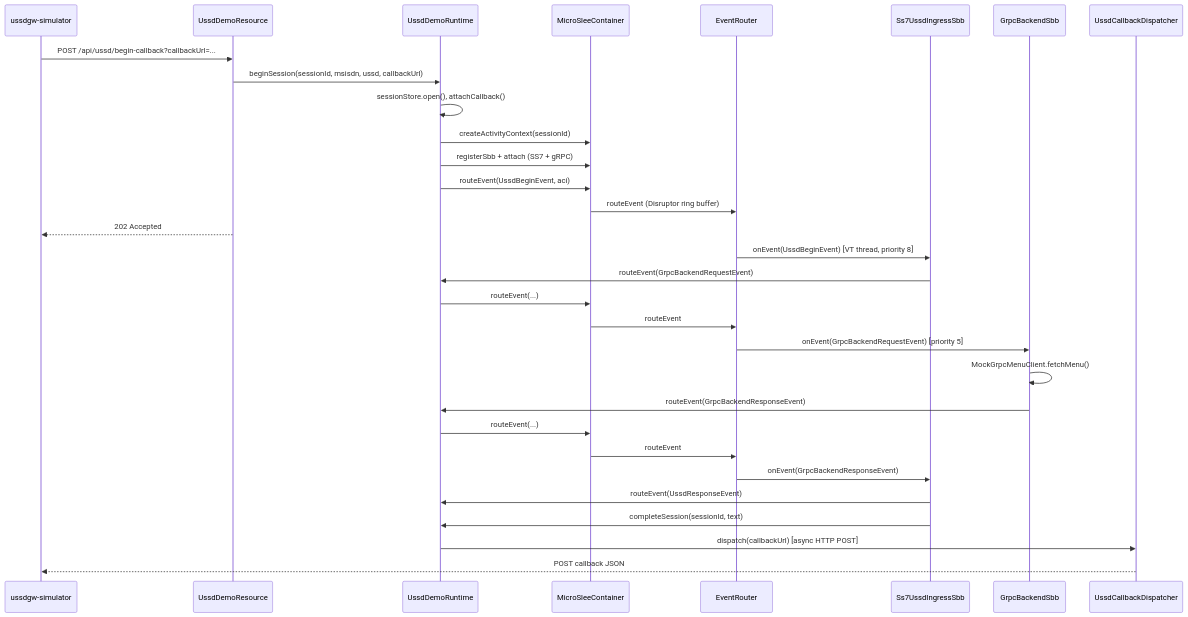
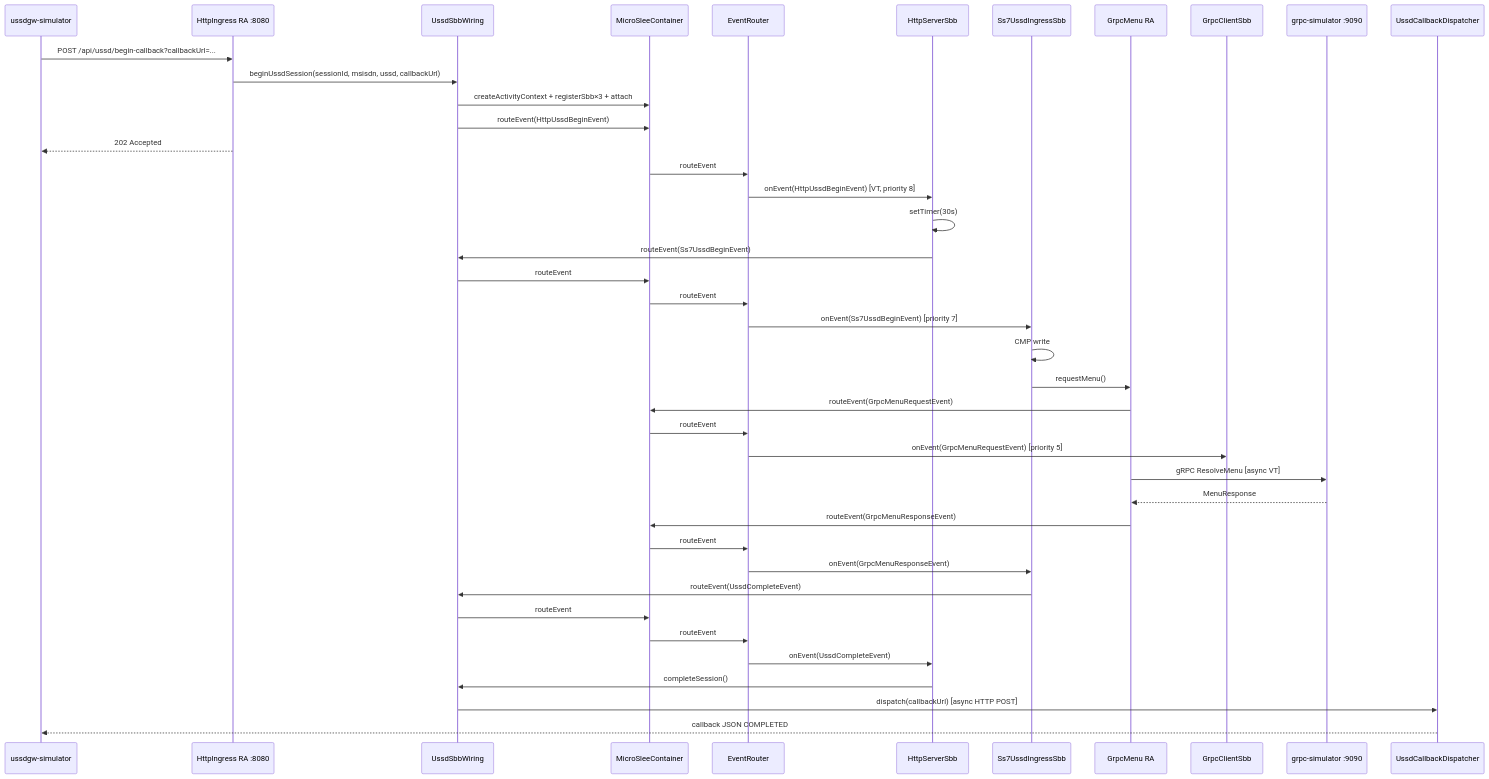
One commit to nhanth87/jain-slee changed the diagram in docs/MICRO-JAINSLEE-GUIDE.md. Above: the diagram before and after it, drawn with Mermaid. The commit also changed other lines of this file and 16 other files, not shown here.

````diff
--- a/docs/MICRO-JAINSLEE-GUIDE.md
+++ b/docs/MICRO-JAINSLEE-GUIDE.md
@@ -299,35 +538,46 @@
 ```mermaid
 sequenceDiagram
     participant Sim as ussdgw-simulator
-    participant REST as UssdDemoResource
-    participant RT as UssdDemoRuntime
+    participant HRA as HttpIngress RA :8080
+    participant W as UssdSbbWiring
     participant C as MicroSleeContainer
     participant ER as EventRouter
+    participant HTTP as HttpServerSbb
     participant SS7 as Ss7UssdIngressSbb
-    participant GRPC as GrpcBackendSbb
+    participant GRA as GrpcMenu RA
+    participant GRPC as GrpcClientSbb
+    participant AS as grpc-simulator :9090
     participant CB as UssdCallbackDispatcher
 
-    Sim->>REST: POST /api/ussd/begin-callback?callbackUrl=...
-    REST->>RT: beginSession(sessionId, msisdn, ussd, callbackUrl)
-    RT->>RT: sessionStore.open(), attachCallback()
-    RT->>C: createActivityContext(sessionId)
-    RT->>C: registerSbb + attach (SS7 + gRPC)
-    RT->>C: routeEvent(UssdBeginEvent, aci)
-    C->>ER: routeEvent (Disruptor ring buffer)
-    REST-->>Sim: 202 Accepted
+    Sim->>HRA: POST /api/ussd/begin-callback?callbackUrl=...
+    HRA->>W: beginUssdSession(sessionId, msisdn, ussd, callbackUrl)
+    W->>C: createActivityContext + registerSbb×3 + attach
+    W->>C: routeEvent(HttpUssdBeginEvent)
+    HRA-->>Sim: 202 Accepted
 
-    ER->>SS7: onEvent(UssdBeginEvent) [VT thread, priority 8]
-    SS7->>RT: routeEvent(GrpcBackendRequestEvent)
-    RT->>C: routeEvent(...)
     C->>ER: routeEvent
-    ER->>GRPC: onEvent(GrpcBackendRequestEvent) [priority 5]
-    GRPC->>GRPC: MockGrpcMenuClient.fetchMenu()
-    GRPC->>RT: routeEvent(GrpcBackendResponseEvent)
-    RT->>C: routeEvent(...)
+    ER->>HTTP: onEvent(HttpUssdBeginEvent) [VT, priority 8]
+    HTTP->>HTTP: setTimer(30s)
+    HTTP->>W: routeEvent(Ss7UssdBeginEvent)
+    W->>C: routeEvent
     C->>ER: routeEvent
-    ER->>SS7: onEvent(GrpcBackendResponseEvent)
-    SS7->>RT: routeEvent(UssdResponseEvent)
-    SS7->>RT: completeSession(sessionId, text)
-    RT->>CB: dispatch(callbackUrl) [async HTTP POST]
-    CB-->>Sim: POST callback JSON
+    ER->>SS7: onEvent(Ss7UssdBeginEvent) [priority 7]
+    SS7->>SS7: CMP write
+    SS7->>GRA: requestMenu()
+
+    GRA->>C: routeEvent(GrpcMenuRequestEvent)
+    C->>ER: routeEvent
+    ER->>GRPC: onEvent(GrpcMenuRequestEvent) [priority 5]
+    GRA->>AS: gRPC ResolveMenu [async VT]
+    AS-->>GRA: MenuResponse
+    GRA->>C: routeEvent(GrpcMenuResponseEvent)
+    C->>ER: routeEvent
+    ER->>SS7: onEvent(GrpcMenuResponseEvent)
+    SS7->>W: routeEvent(UssdCompleteEvent)
+    W->>C: routeEvent
+    C->>ER: routeEvent
+    ER->>HTTP: onEvent(UssdCompleteEvent)
+    HTTP->>W: completeSession()
+    W->>CB: dispatch(callbackUrl) [async HTTP POST]
+    CB-->>Sim: callback JSON COMPLETED
 ```
````
